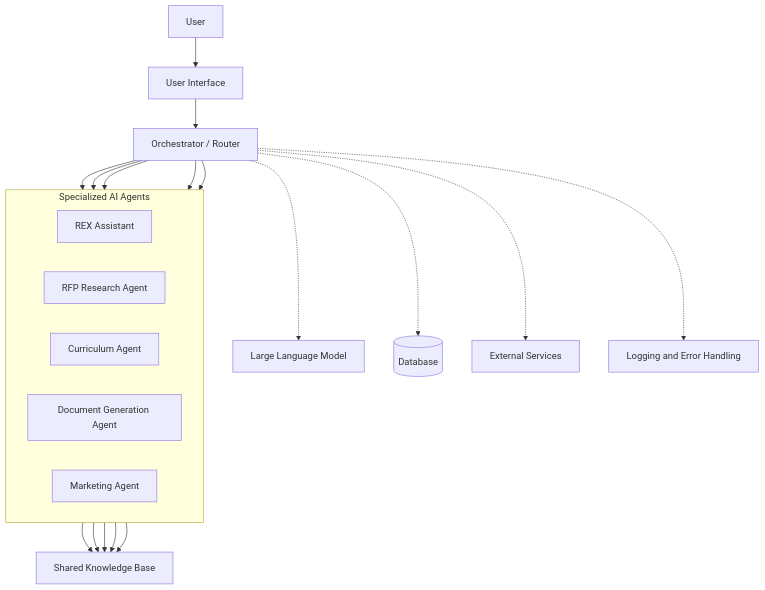
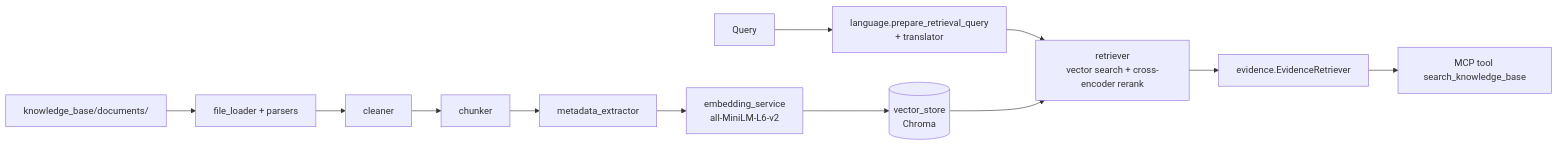
One commit to MennaElsekily/rex-ai changed the second of 2 diagrams in docs/architecture.md. Above: the diagram before and after it, drawn with Mermaid. The commit also changed other lines of this file and 157 other files, not shown here.

Commit message:
Implement REX AI multi-agent workflows

````diff
--- a/docs/architecture.md
+++ b/docs/architecture.md
@@ -7,37 +140,14 @@
 ```mermaid
-flowchart TB
-    U[User] --> UI[User Interface]
-    UI --> O[Orchestrator / Router]
-
-    subgraph Agents["Specialized AI Agents"]
-        direction LR
-        A1[REX Assistant]
-        A2[RFP Research Agent]
-        A3[Curriculum Agent]
-        A4[Document Generation Agent]
-        A5[Marketing Agent]
-    end
-
-    O --> A1
-    O --> A2
-    O --> A3
-    O --> A4
-    O --> A5
-
-    KB[Shared Knowledge Base]
-    LLM[Large Language Model]
-    DB[(Database)]
-    EXT[External Services]
-    LOG[Logging and Error Handling]
-
-    A1 --> KB
-    A2 --> KB
-    A3 --> KB
-    A4 --> KB
-    A5 --> KB
-
-    O -.-> LLM
-    O -.-> DB
-    O -.-> EXT
-    O -.-> LOG
+flowchart LR
+    D[knowledge_base/documents/] --> L[file_loader + parsers]
+    L --> C[cleaner]
+    C --> K[chunker]
+    K --> M[metadata_extractor]
+    M --> E[embedding_service<br/>all-MiniLM-L6-v2]
+    E --> V[(vector_store<br/>Chroma)]
+    Q[Query] --> T[language.prepare_retrieval_query<br/>+ translator]
+    T --> R[retriever<br/>vector search + cross-encoder rerank]
+    V --> R
+    R --> EV[evidence.EvidenceRetriever]
+    EV --> MCP[MCP tool search_knowledge_base]
 ```
````
